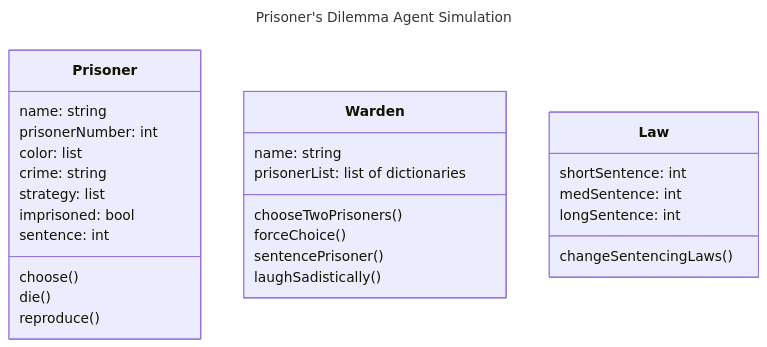
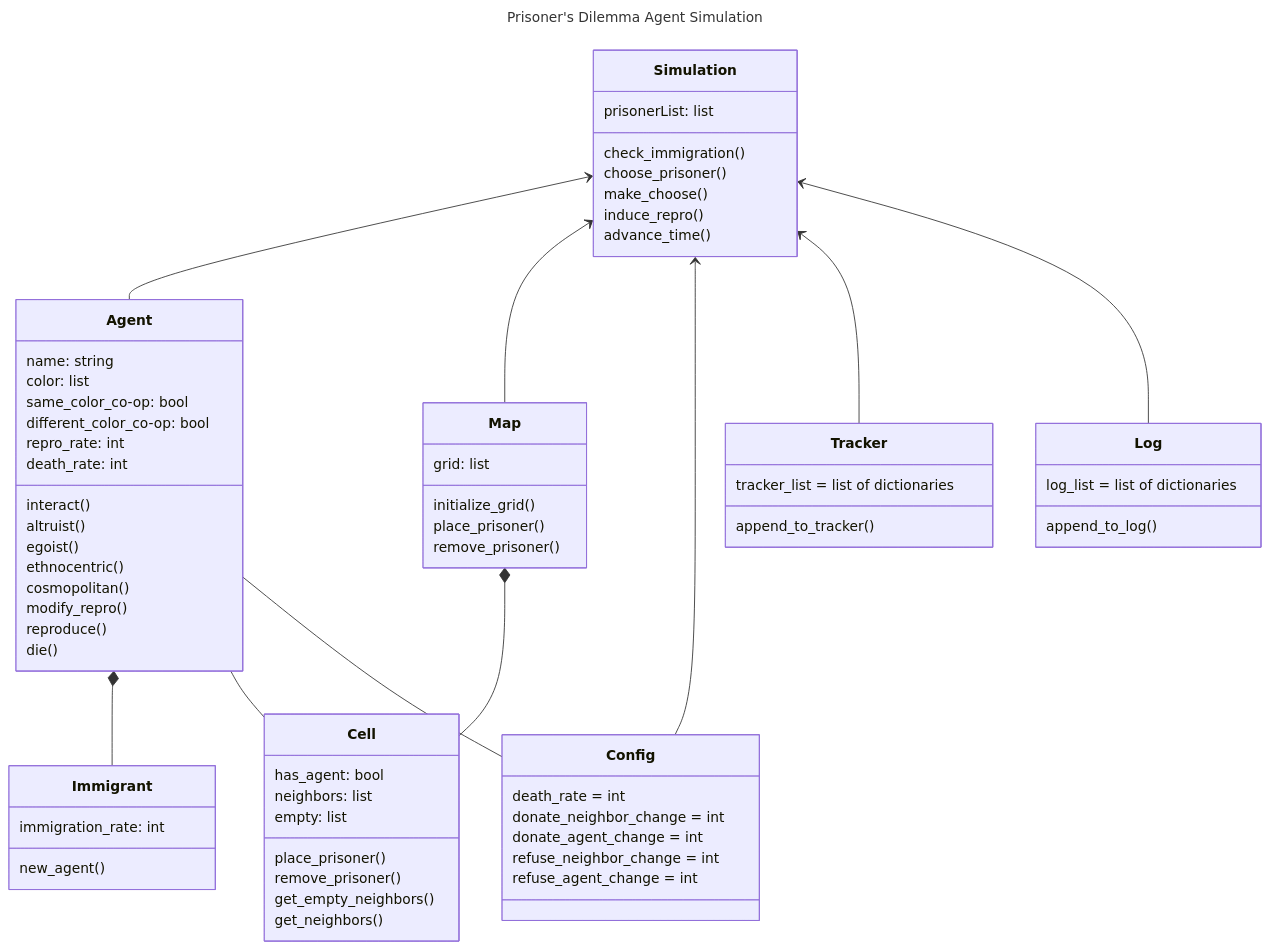
One commit to carlsmith23/POL42340g1 changed the diagram in Class Diagram.md. Above: the diagram before and after it, drawn with Mermaid. The commit also changed 18 other files, not shown here.

````diff
--- a/Class Diagram.md
+++ b/Class Diagram.md
@@ -3,33 +3,82 @@
 title: Prisoner's Dilemma Agent Simulation
 ---
 classDiagram
-class Prisoner {
-    name: string
-    prisonerNumber: int
-    color: list
-    crime: string
-    strategy: list  
-    imprisoned: bool
-    sentence: int
-    choose()
-    die()
-    reproduce()
+direction TB
+
+Map *-- Cell
+Agent *-- Immigrant
+Simulation <-- Agent
+Simulation <-- Map
+Simulation <-- Config
+Simulation <-- Tracker
+Simulation <-- Log
+Agent -- Cell
+Agent -- Config
+
+class Simulation {
+    prisonerList: list
+    check_immigration()
+    choose_prisoner()
+    make_choose()
+    induce_repro()
+    advance_time()
 }
 
-class Warden {
-    name: string
-    prisonerList: list of dictionaries
-    chooseTwoPrisoners()
-    forceChoice()
-    sentencePrisoner()
-    laughSadistically()
-
+class Config {
+    death_rate = int
+    donate_neighbor_change = int
+    donate_agent_change = int
+    refuse_neighbor_change = int
+    refuse_agent_change = int
 }
 
-class Law {
-    shortSentence: int
-    medSentence: int
-    longSentence: int
-    changeSentencingLaws()
+class Tracker {
+    tracker_list = list of dictionaries
+    append_to_tracker()
 }
+
+class Log {
+    log_list = list of dictionaries
+    append_to_log()
+}
+
+class Agent {
+    name: string
+    color: list
+    same_color_co-op: bool
+    different_color_co-op: bool
+    repro_rate: int
+    death_rate: int
+    interact()
+    altruist()
+    egoist()
+    ethnocentric()
+    cosmopolitan()
+    modify_repro()
+    reproduce()
+    die()
+}
+
+class Immigrant {
+    immigration_rate: int
+    new_agent()
+}
+
+class Map {
+    grid: list
+    initialize_grid()
+    place_prisoner()
+    remove_prisoner()
+}
+
+class Cell {
+    has_agent: bool
+    neighbors: list
+    empty: list
+    place_prisoner()
+    remove_prisoner()
+    get_empty_neighbors()
+    get_neighbors()
+}
+
 ```    
````
